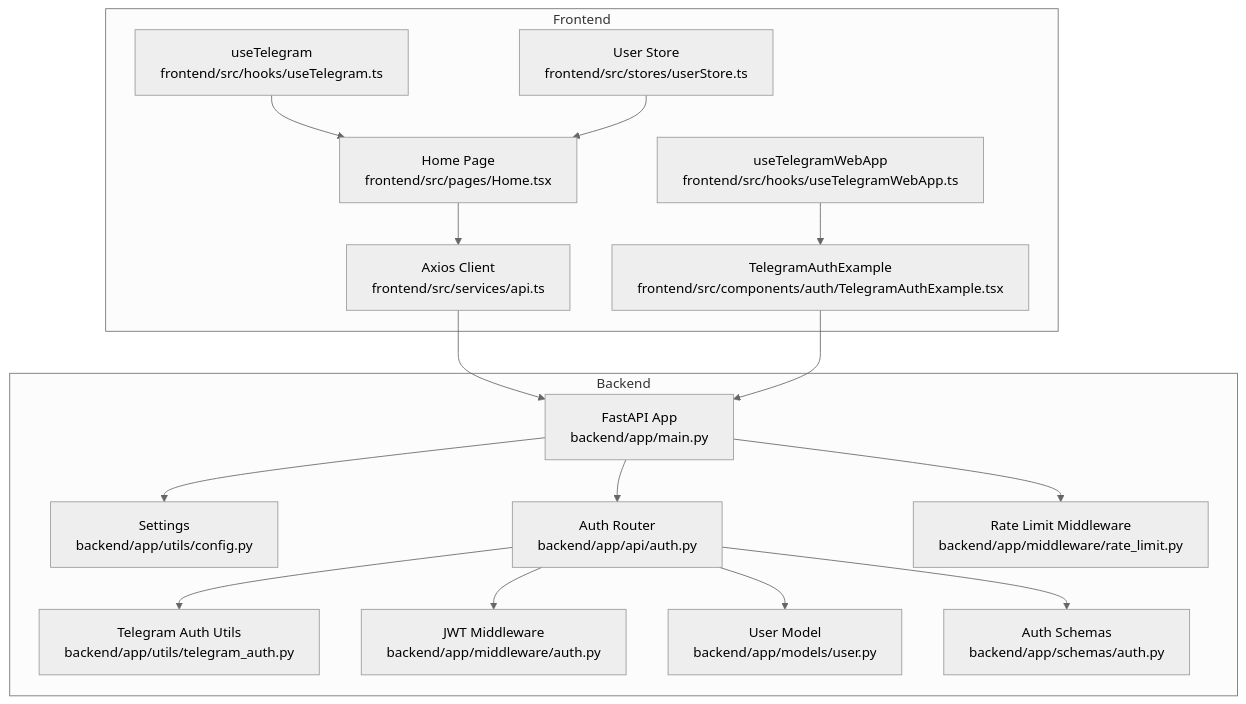
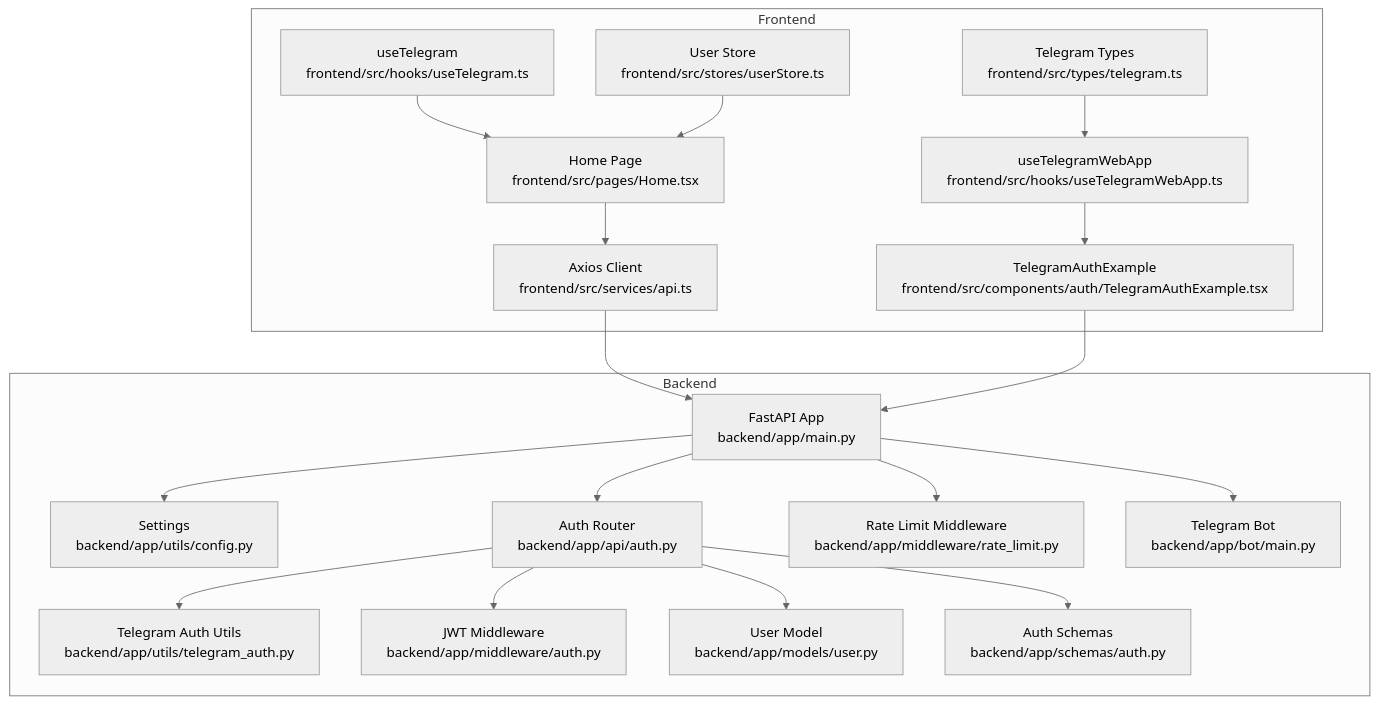
Before and after one commit to nilsnavi/fit_trackerpro: the first of 7 diagrams in .qoder/repowiki/en/content/Architecture & Design/Component Interactions.md, drawn with Mermaid (neutral theme). The commit also changed other lines of this file and 26 other files, not shown here.

````diff
--- a/.qoder/repowiki/en/content/Architecture & Design/Component Interactions.md
+++ b/.qoder/repowiki/en/content/Architecture & Design/Component Interactions.md
@@ -41,34 +58,38 @@
 ```mermaid
 graph TB
 subgraph "Frontend"
 FE_API["Axios Client<br/>frontend/src/services/api.ts"]
 FE_HOOK_TW["useTelegramWebApp<br/>frontend/src/hooks/useTelegramWebApp.ts"]
 FE_HOOK_T["useTelegram<br/>frontend/src/hooks/useTelegram.ts"]
 FE_AUTH_EX["TelegramAuthExample<br/>frontend/src/components/auth/TelegramAuthExample.tsx"]
 FE_HOME["Home Page<br/>frontend/src/pages/Home.tsx"]
 FE_STORE["User Store<br/>frontend/src/stores/userStore.ts"]
+FE_TYPES["Telegram Types<br/>frontend/src/types/telegram.ts"]
 end
 subgraph "Backend"
 MAIN["FastAPI App<br/>backend/app/main.py"]
 CONF["Settings<br/>backend/app/utils/config.py"]
 AUTH_R["Auth Router<br/>backend/app/api/auth.py"]
 TGAUTH["Telegram Auth Utils<br/>backend/app/utils/telegram_auth.py"]
 MW_AUTH["JWT Middleware<br/>backend/app/middleware/auth.py"]
 MW_RATE["Rate Limit Middleware<br/>backend/app/middleware/rate_limit.py"]
 MODEL_USER["User Model<br/>backend/app/models/user.py"]
 SCHEMA_AUTH["Auth Schemas<br/>backend/app/schemas/auth.py"]
+BOT_MAIN["Telegram Bot<br/>backend/app/bot/main.py"]
 end
 FE_HOOK_TW --> FE_AUTH_EX
 FE_HOOK_T --> FE_HOME
 FE_API --> MAIN
 FE_AUTH_EX --> MAIN
 FE_HOME --> FE_API
 FE_STORE --> FE_HOME
+FE_TYPES --> FE_HOOK_TW
 MAIN --> AUTH_R
 AUTH_R --> TGAUTH
 AUTH_R --> MW_AUTH
 AUTH_R --> MODEL_USER
 AUTH_R --> SCHEMA_AUTH
 MAIN --> MW_RATE
 MAIN --> CONF
+MAIN --> BOT_MAIN
 ```
````
